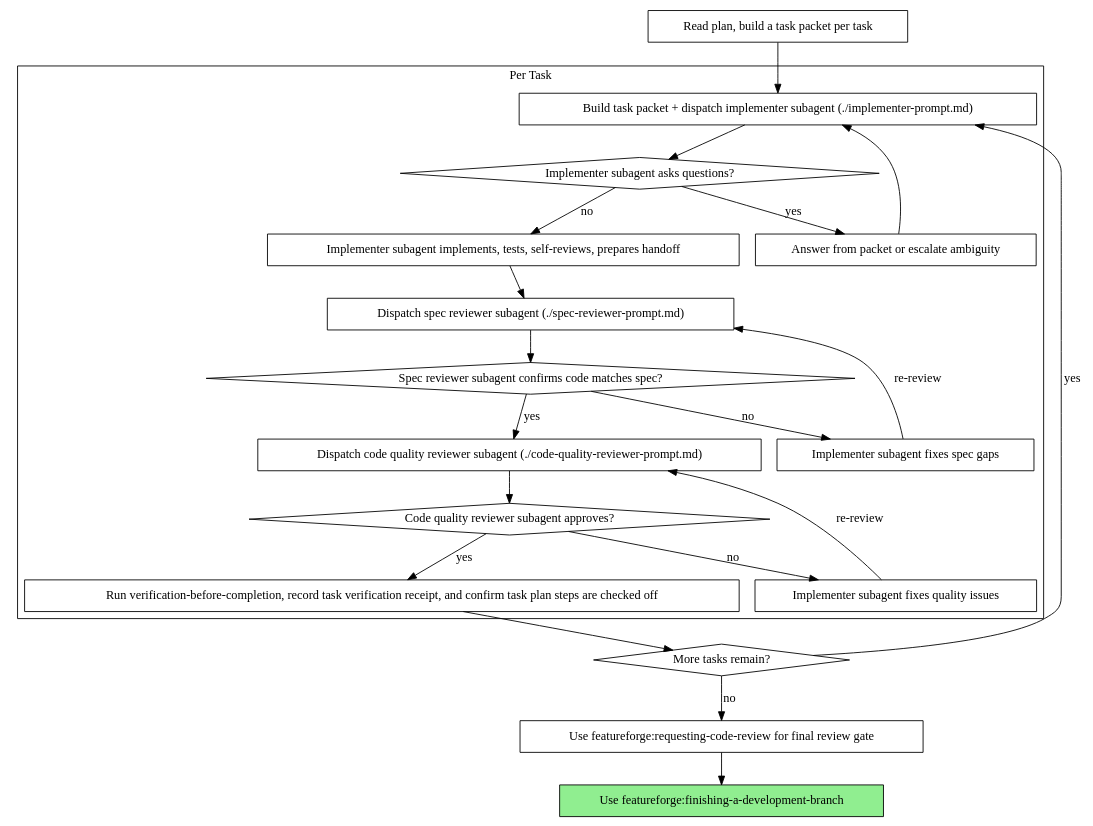
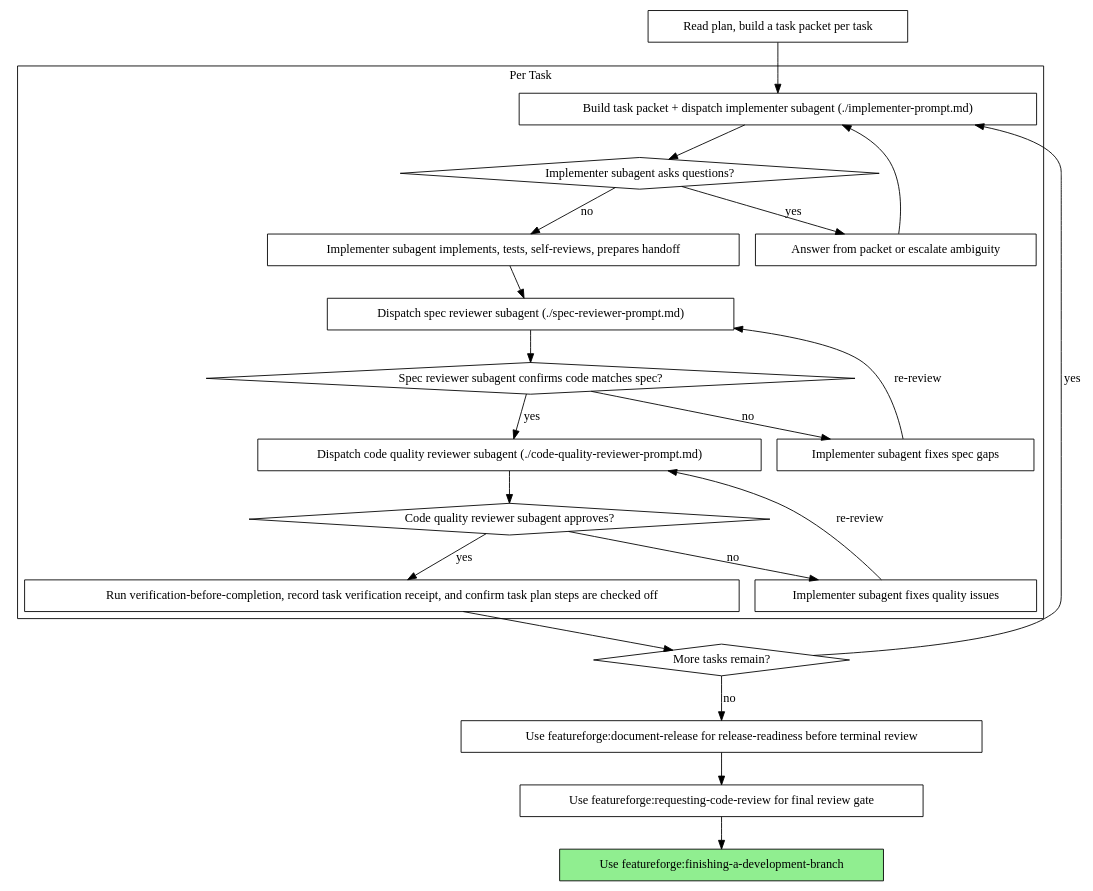
One commit to dmulcahey/featureforge changed the second of 2 diagrams in skills/subagent-driven-development/SKILL.md. Above: the diagram before and after it, drawn with Graphviz. The commit also changed other lines of this file and 13 other files, not shown here.

````diff
--- a/skills/subagent-driven-development/SKILL.md
+++ b/skills/subagent-driven-development/SKILL.md
@@ -187,44 +188,46 @@
 ```dot
 digraph process {
     rankdir=TB;
 
     subgraph cluster_per_task {
         label="Per Task";
         "Build task packet + dispatch implementer subagent (./implementer-prompt.md)" [shape=box];
         "Implementer subagent asks questions?" [shape=diamond];
         "Answer from packet or escalate ambiguity" [shape=box];
         "Implementer subagent implements, tests, self-reviews, prepares handoff" [shape=box];
         "Dispatch spec reviewer subagent (./spec-reviewer-prompt.md)" [shape=box];
         "Spec reviewer subagent confirms code matches spec?" [shape=diamond];
         "Implementer subagent fixes spec gaps" [shape=box];
         "Dispatch code quality reviewer subagent (./code-quality-reviewer-prompt.md)" [shape=box];
         "Code quality reviewer subagent approves?" [shape=diamond];
         "Implementer subagent fixes quality issues" [shape=box];
         "Run verification-before-completion, record task verification receipt, and confirm task plan steps are checked off" [shape=box];
     }
 
     "Read plan, build a task packet per task" [shape=box];
     "More tasks remain?" [shape=diamond];
+    "Use featureforge:document-release for release-readiness before terminal review" [shape=box];
     "Use featureforge:requesting-code-review for final review gate" [shape=box];
     "Use featureforge:finishing-a-development-branch" [shape=box style=filled fillcolor=lightgreen];
 
     "Read plan, build a task packet per task" -> "Build task packet + dispatch implementer subagent (./implementer-prompt.md)";
     "Build task packet + dispatch implementer subagent (./implementer-prompt.md)" -> "Implementer subagent asks questions?";
     "Implementer subagent asks questions?" -> "Answer from packet or escalate ambiguity" [label="yes"];
     "Answer from packet or escalate ambiguity" -> "Build task packet + dispatch implementer subagent (./implementer-prompt.md)";
     "Implementer subagent asks questions?" -> "Implementer subagent implements, tests, self-reviews, prepares handoff" [label="no"];
     "Implementer subagent implements, tests, self-reviews, prepares handoff" -> "Dispatch spec reviewer subagent (./spec-reviewer-prompt.md)";
     "Dispatch spec reviewer subagent (./spec-reviewer-prompt.md)" -> "Spec reviewer subagent confirms code matches spec?";
     "Spec reviewer subagent confirms code matches spec?" -> "Implementer subagent fixes spec gaps" [label="no"];
     "Implementer subagent fixes spec gaps" -> "Dispatch spec reviewer subagent (./spec-reviewer-prompt.md)" [label="re-review"];
     "Spec reviewer subagent confirms code matches spec?" -> "Dispatch code quality reviewer subagent (./code-quality-reviewer-prompt.md)" [label="yes"];
     "Dispatch code quality reviewer subagent (./code-quality-reviewer-prompt.md)" -> "Code quality reviewer subagent approves?";
     "Code quality reviewer subagent approves?" -> "Implementer subagent fixes quality issues" [label="no"];
     "Implementer subagent fixes quality issues" -> "Dispatch code quality reviewer subagent (./code-quality-reviewer-prompt.md)" [label="re-review"];
     "Code quality reviewer subagent approves?" -> "Run verification-before-completion, record task verification receipt, and confirm task plan steps are checked off" [label="yes"];
     "Run verification-before-completion, record task verification receipt, and confirm task plan steps are checked off" -> "More tasks remain?";
     "More tasks remain?" -> "Build task packet + dispatch implementer subagent (./implementer-prompt.md)" [label="yes"];
-    "More tasks remain?" -> "Use featureforge:requesting-code-review for final review gate" [label="no"];
+    "More tasks remain?" -> "Use featureforge:document-release for release-readiness before terminal review" [label="no"];
+    "Use featureforge:document-release for release-readiness before terminal review" -> "Use featureforge:requesting-code-review for final review gate";
     "Use featureforge:requesting-code-review for final review gate" -> "Use featureforge:finishing-a-development-branch";
 }
 ```
````
